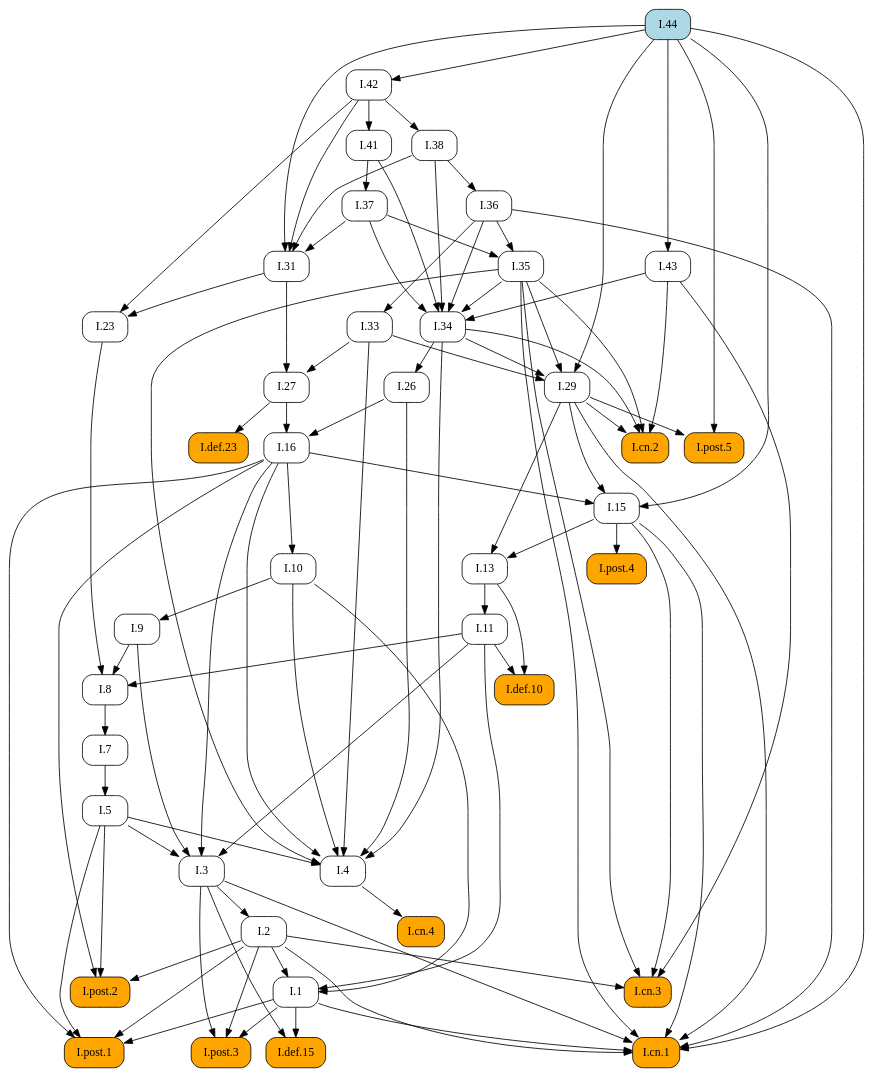
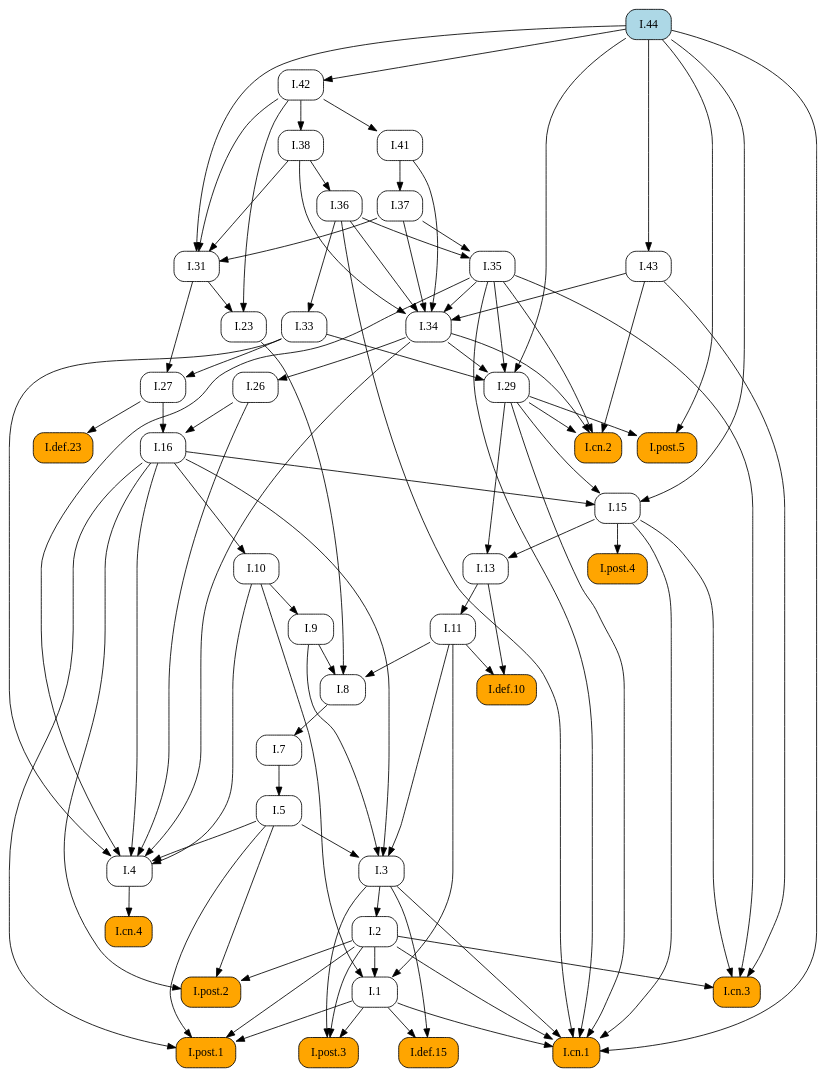
Before and after one commit to geometor/elements: the diagram in docsrc/elements2/I/44/index.rst, drawn with Graphviz. The commit also changed other lines of this file and 409 other files, not shown here.

First line of the commit message:
feat: Add image cropping and graphic extraction script

```diff
--- a/docsrc/elements2/I/44/index.rst
+++ b/docsrc/elements2/I/44/index.rst
@@ -60,93 +60,65 @@
    digraph {
      rankdir="TB";
      node [shape=box, style=rounded];
+     "I.37" [URL="/elements2/I/37/", target="_top"];
+     "I.43" [URL="/elements2/I/43/", target="_top"];
+     "I.31" [URL="/elements2/I/31/", target="_top"];
+     "I.cn.2" [style="rounded,filled", fillcolor=orange, URL="/elements2/I/cn.2/", target="_top"];
+     "I.41" [URL="/elements2/I/41/", target="_top"];
      "I.8" [URL="/elements2/I/8/", target="_top"];
+     "I.15" [URL="/elements2/I/15/", target="_top"];
+     "I.5" [URL="/elements2/I/5/", target="_top"];
+     "I.44" [style="rounded,filled", fillcolor=lightblue, URL="/elements2/I/44/", target="_top"];
+     "I.26" [URL="/elements2/I/26/", target="_top"];
+     "I.cn.1" [style="rounded,filled", fillcolor=orange, URL="/elements2/I/cn.1/", target="_top"];
+     "I.7" [URL="/elements2/I/7/", target="_top"];
+     "I.23" [URL="/elements2/I/23/", target="_top"];
+     "I.16" [URL="/elements2/I/16/", target="_top"];
+     "I.35" [URL="/elements2/I/35/", target="_top"];
+     "I.34" [URL="/elements2/I/34/", target="_top"];
+     "I.33" [URL="/elements2/I/33/", target="_top"];
+     "I.42" [URL="/elements2/I/42/", target="_top"];
+     "I.def.15" [style="rounded,filled", fillcolor=orange, URL="/elements2/I/def.15/", target="_top"];
+     "I.38" [URL="/elements2/I/38/", target="_top"];
+     "I.def.10" [style="rounded,filled", fillcolor=orange, URL="/elements2/I/def.10/", target="_top"];
+     "I.11" [URL="/elements2/I/11/", target="_top"];
+     "I.def.23" [style="rounded,filled", fillcolor=orange, URL="/elements2/I/def.23/", target="_top"];
+     "I.post.5" [style="rounded,filled", fillcolor=orange, URL="/elements2/I/post.5/", target="_top"];
+     "I.3" [URL="/elements2/I/3/", target="_top"];
+     "I.10" [URL="/elements2/I/10/", target="_top"];
+     "I.cn.3" [style="rounded,filled", fillcolor=orange, URL="/elements2/I/cn.3/", target="_top"];
+     "I.13" [URL="/elements2/I/13/", target="_top"];
+     "I.4" [URL="/elements2/I/4/", target="_top"];
+     "I.post.3" [style="rounded,filled", fillcolor=orange, URL="/elements2/I/post.3/", target="_top"];
+     "I.9" [URL="/elements2/I/9/", target="_top"];
+     "I.29" [URL="/elements2/I/29/", target="_top"];
      "I.36" [URL="/elements2/I/36/", target="_top"];
      "I.post.1" [style="rounded,filled", fillcolor=orange, URL="/elements2/I/post.1/", target="_top"];
-     "I.33" [URL="/elements2/I/33/", target="_top"];
-     "I.5" [URL="/elements2/I/5/", target="_top"];
-     "I.38" [URL="/elements2/I/38/", target="_top"];
-     "I.post.5" [style="rounded,filled", fillcolor=orange, URL="/elements2/I/post.5/", target="_top"];
-     "I.def.10" [style="rounded,filled", fillcolor=orange, URL="/elements2/I/def.10/", target="_top"];
-     "I.cn.2" [style="rounded,filled", fillcolor=orange, URL="/elements2/I/cn.2/", target="_top"];
-     "I.def.15" [style="rounded,filled", fillcolor=orange, URL="/elements2/I/def.15/", target="_top"];
-     "I.31" [URL="/elements2/I/31/", target="_top"];
-     "I.11" [URL="/elements2/I/11/", target="_top"];
-     "I.43" [URL="/elements2/I/43/", target="_top"];
-     "I.3" [URL="/elements2/I/3/", target="_top"];
-     "I.def.23" [style="rounded,filled", fillcolor=orange, URL="/elements2/I/def.23/", target="_top"];
-     "I.post.2" [style="rounded,filled", fillcolor=orange, URL="/elements2/I/post.2/", target="_top"];
-     "I.26" [URL="/elements2/I/26/", target="_top"];
-     "I.cn.3" [style="rounded,filled", fillcolor=orange, URL="/elements2/I/cn.3/", target="_top"];
-     "I.1" [URL="/elements2/I/1/", target="_top"];
-     "I.cn.4" [style="rounded,filled", fillcolor=orange, URL="/elements2/I/cn.4/", target="_top"];
-     "I.7" [URL="/elements2/I/7/", target="_top"];
-     "I.42" [URL="/elements2/I/42/", target="_top"];
-     "I.9" [URL="/elements2/I/9/", target="_top"];
-     "I.cn.1" [style="rounded,filled", fillcolor=orange, URL="/elements2/I/cn.1/", target="_top"];
-     "I.29" [URL="/elements2/I/29/", target="_top"];
-     "I.post.4" [style="rounded,filled", fillcolor=orange, URL="/elements2/I/post.4/", target="_top"];
-     "I.16" [URL="/elements2/I/16/", target="_top"];
-     "I.13" [URL="/elements2/I/13/", target="_top"];
-     "I.41" [URL="/elements2/I/41/", target="_top"];
-     "I.35" [URL="/elements2/I/35/", target="_top"];
      "I.2" [URL="/elements2/I/2/", target="_top"];
      "I.27" [URL="/elements2/I/27/", target="_top"];
-     "I.37" [URL="/elements2/I/37/", target="_top"];
-     "I.4" [URL="/elements2/I/4/", target="_top"];
-     "I.44" [style="rounded,filled", fillcolor=lightblue, URL="/elements2/I/44/", target="_top"];
-     "I.10" [URL="/elements2/I/10/", target="_top"];
-     "I.15" [URL="/elements2/I/15/", target="_top"];
-     "I.34" [URL="/elements2/I/34/", target="_top"];
-     "I.23" [URL="/elements2/I/23/", target="_top"];
-     "I.post.3" [style="rounded,filled", fillcolor=orange, URL="/elements2/I/post.3/", target="_top"];
-     "I.9" -> "I.8";
-     "I.11" -> "I.8";
-     "I.23" -> "I.8";
-     "I.38" -> "I.36";
-     "I.1" -> "I.post.1";
-     "I.2" -> "I.post.1";
-     "I.5" -> "I.post.1";
-     "I.16" -> "I.post.1";
-     "I.36" -> "I.33";
-     "I.7" -> "I.5";
-     "I.42" -> "I.38";
-     "I.29" -> "I.post.5";
-     "I.44" -> "I.post.5";
-     "I.11" -> "I.def.10";
-     "I.13" -> "I.def.10";
+     "I.1" [URL="/elements2/I/1/", target="_top"];
+     "I.post.4" [style="rounded,filled", fillcolor=orange, URL="/elements2/I/post.4/", target="_top"];
+     "I.cn.4" [style="rounded,filled", fillcolor=orange, URL="/elements2/I/cn.4/", target="_top"];
+     "I.post.2" [style="rounded,filled", fillcolor=orange, URL="/elements2/I/post.2/", target="_top"];
+     "I.41" -> "I.37";
+     "I.44" -> "I.43";
+     "I.37" -> "I.31";
+     "I.38" -> "I.31";
+     "I.42" -> "I.31";
+     "I.44" -> "I.31";
      "I.29" -> "I.cn.2";
      "I.34" -> "I.cn.2";
      "I.35" -> "I.cn.2";
      "I.43" -> "I.cn.2";
-     "I.1" -> "I.def.15";
-     "I.3" -> "I.def.15";
-     "I.37" -> "I.31";
-     "I.38" -> "I.31";
-     "I.42" -> "I.31";
-     "I.44" -> "I.31";
-     "I.13" -> "I.11";
-     "I.44" -> "I.43";
-     "I.5" -> "I.3";
-     "I.9" -> "I.3";
-     "I.11" -> "I.3";
-     "I.16" -> "I.3";
-     "I.27" -> "I.def.23";
-     "I.2" -> "I.post.2";
-     "I.5" -> "I.post.2";
-     "I.16" -> "I.post.2";
+     "I.42" -> "I.41";
+     "I.9" -> "I.8";
+     "I.11" -> "I.8";
+     "I.23" -> "I.8";
+     "I.16" -> "I.15";
+     "I.29" -> "I.15";
+     "I.44" -> "I.15";
+     "I.7" -> "I.5";
      "I.34" -> "I.26";
-     "I.2" -> "I.cn.3";
-     "I.15" -> "I.cn.3";
-     "I.35" -> "I.cn.3";
-     "I.43" -> "I.cn.3";
-     "I.2" -> "I.1";
-     "I.10" -> "I.1";
-     "I.11" -> "I.1";
-     "I.4" -> "I.cn.4";
-     "I.8" -> "I.7";
-     "I.44" -> "I.42";
-     "I.10" -> "I.9";
      "I.1" -> "I.cn.1";
      "I.2" -> "I.cn.1";
      "I.3" -> "I.cn.1";
@@ -155,22 +127,41 @@
      "I.35" -> "I.cn.1";
      "I.36" -> "I.cn.1";
      "I.44" -> "I.cn.1";
-     "I.33" -> "I.29";
-     "I.34" -> "I.29";
-     "I.35" -> "I.29";
-     "I.44" -> "I.29";
-     "I.15" -> "I.post.4";
+     "I.8" -> "I.7";
+     "I.31" -> "I.23";
+     "I.42" -> "I.23";
      "I.26" -> "I.16";
      "I.27" -> "I.16";
+     "I.36" -> "I.35";
+     "I.37" -> "I.35";
+     "I.35" -> "I.34";
+     "I.36" -> "I.34";
+     "I.37" -> "I.34";
+     "I.38" -> "I.34";
+     "I.41" -> "I.34";
+     "I.43" -> "I.34";
+     "I.36" -> "I.33";
+     "I.44" -> "I.42";
+     "I.1" -> "I.def.15";
+     "I.3" -> "I.def.15";
+     "I.42" -> "I.38";
+     "I.11" -> "I.def.10";
+     "I.13" -> "I.def.10";
+     "I.13" -> "I.11";
+     "I.27" -> "I.def.23";
+     "I.29" -> "I.post.5";
+     "I.44" -> "I.post.5";
+     "I.5" -> "I.3";
+     "I.9" -> "I.3";
+     "I.11" -> "I.3";
+     "I.16" -> "I.3";
+     "I.16" -> "I.10";
+     "I.2" -> "I.cn.3";
+     "I.15" -> "I.cn.3";
+     "I.35" -> "I.cn.3";
+     "I.43" -> "I.cn.3";
      "I.15" -> "I.13";
      "I.29" -> "I.13";
-     "I.42" -> "I.41";
-     "I.36" -> "I.35";
-     "I.37" -> "I.35";
-     "I.3" -> "I.2";
-     "I.31" -> "I.27";
-     "I.33" -> "I.27";
-     "I.41" -> "I.37";
      "I.5" -> "I.4";
      "I.10" -> "I.4";
      "I.16" -> "I.4";
@@ -178,19 +169,28 @@
      "I.33" -> "I.4";
      "I.34" -> "I.4";
      "I.35" -> "I.4";
-     "I.16" -> "I.10";
-     "I.16" -> "I.15";
-     "I.29" -> "I.15";
-     "I.44" -> "I.15";
-     "I.35" -> "I.34";
-     "I.36" -> "I.34";
-     "I.37" -> "I.34";
-     "I.38" -> "I.34";
-     "I.41" -> "I.34";
-     "I.43" -> "I.34";
-     "I.31" -> "I.23";
-     "I.42" -> "I.23";
      "I.1" -> "I.post.3";
      "I.2" -> "I.post.3";
      "I.3" -> "I.post.3";
+     "I.10" -> "I.9";
+     "I.33" -> "I.29";
+     "I.34" -> "I.29";
+     "I.35" -> "I.29";
+     "I.44" -> "I.29";
+     "I.38" -> "I.36";
+     "I.1" -> "I.post.1";
+     "I.2" -> "I.post.1";
+     "I.5" -> "I.post.1";
+     "I.16" -> "I.post.1";
+     "I.3" -> "I.2";
+     "I.31" -> "I.27";
+     "I.33" -> "I.27";
+     "I.2" -> "I.1";
+     "I.10" -> "I.1";
+     "I.11" -> "I.1";
+     "I.15" -> "I.post.4";
+     "I.4" -> "I.cn.4";
+     "I.2" -> "I.post.2";
+     "I.5" -> "I.post.2";
+     "I.16" -> "I.post.2";
    }
```
